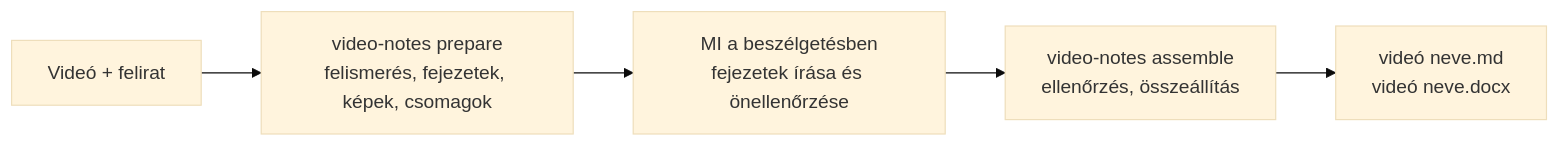
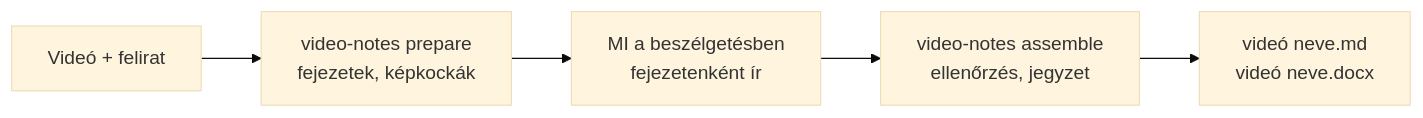
One commit to songyang8964/video-notes changed the diagram in README.hu.md. Above: the diagram before and after it, drawn with Mermaid (base theme). The commit also changed other lines of this file and 8 other files, not shown here.

First line of the commit message:
README as three steps with Colab screenshots; the tested Colab notebook ships with video-notes

````diff
--- a/README.hu.md
+++ b/README.hu.md
@@ -36,7 +11,7 @@
 ```mermaid
 flowchart LR
-    V["Videó + felirat"] --> P["video-notes prepare<br/>felismerés, fejezetek, képek, csomagok"]
-    P --> A["MI a beszélgetésben<br/>fejezetek írása és önellenőrzése"]
-    A --> S["video-notes assemble<br/>ellenőrzés, összeállítás"]
+    V["Videó + felirat"] --> P["video-notes prepare<br/>fejezetek, képkockák"]
+    P --> A["MI a beszélgetésben<br/>fejezetenként ír"]
+    A --> S["video-notes assemble<br/>ellenőrzés, jegyzet"]
     S --> O["videó neve.md<br/>videó neve.docx"]
 ```
````
